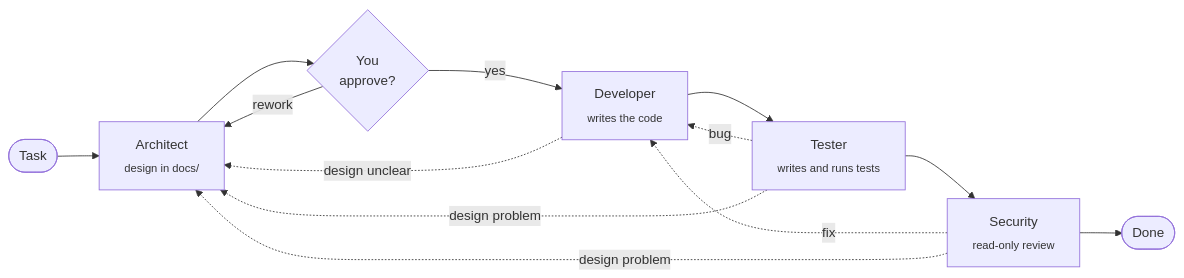
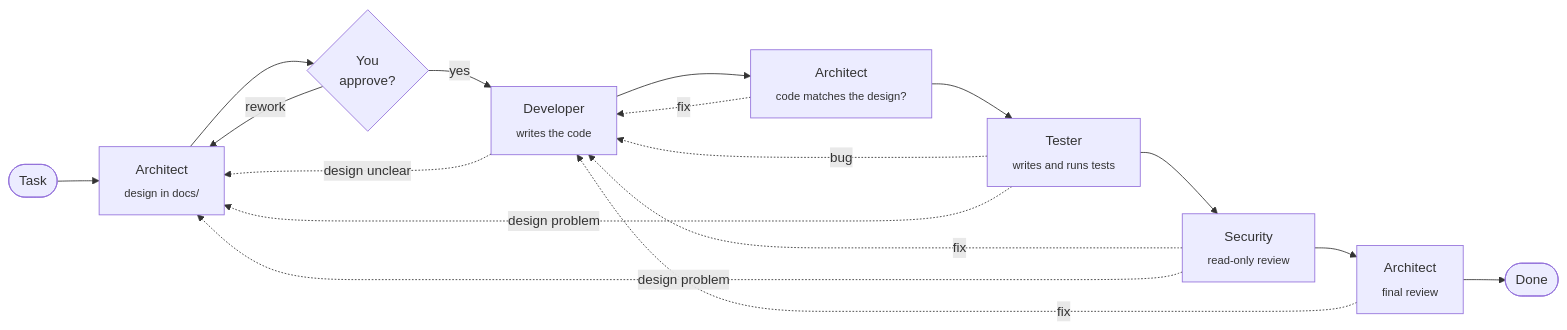
Before and after one commit to aeygenson/ai-harness: the diagram in README.md, drawn with Mermaid. The commit also changed other lines of this file and 17 other files, not shown here.

First line of the commit message:
Architect checks the code after the developer and at the end

````diff
--- a/README.md
+++ b/README.md
@@ -41,15 +41,19 @@
 ```mermaid
 flowchart LR
     T([Task]) --> A[Architect<br><sub>design in docs/</sub>]
     A --> H{You<br>approve?}
     H -- "rework" --> A
     H -- "yes" --> D[Developer<br><sub>writes the code</sub>]
-    D --> Te[Tester<br><sub>writes and runs tests</sub>]
+    D --> R[Architect<br><sub>code matches the design?</sub>]
+    R --> Te[Tester<br><sub>writes and runs tests</sub>]
     Te --> S[Security<br><sub>read-only review</sub>]
-    S --> Done([Done])
+    S --> F[Architect<br><sub>final review</sub>]
+    F --> Done([Done])
+    R -. "fix" .-> D
     Te -. "bug" .-> D
     S -. "fix" .-> D
+    F -. "fix" .-> D
     D -. "design unclear" .-> A
     Te -. "design problem" .-> A
     S -. "design problem" .-> A
 ```
````
